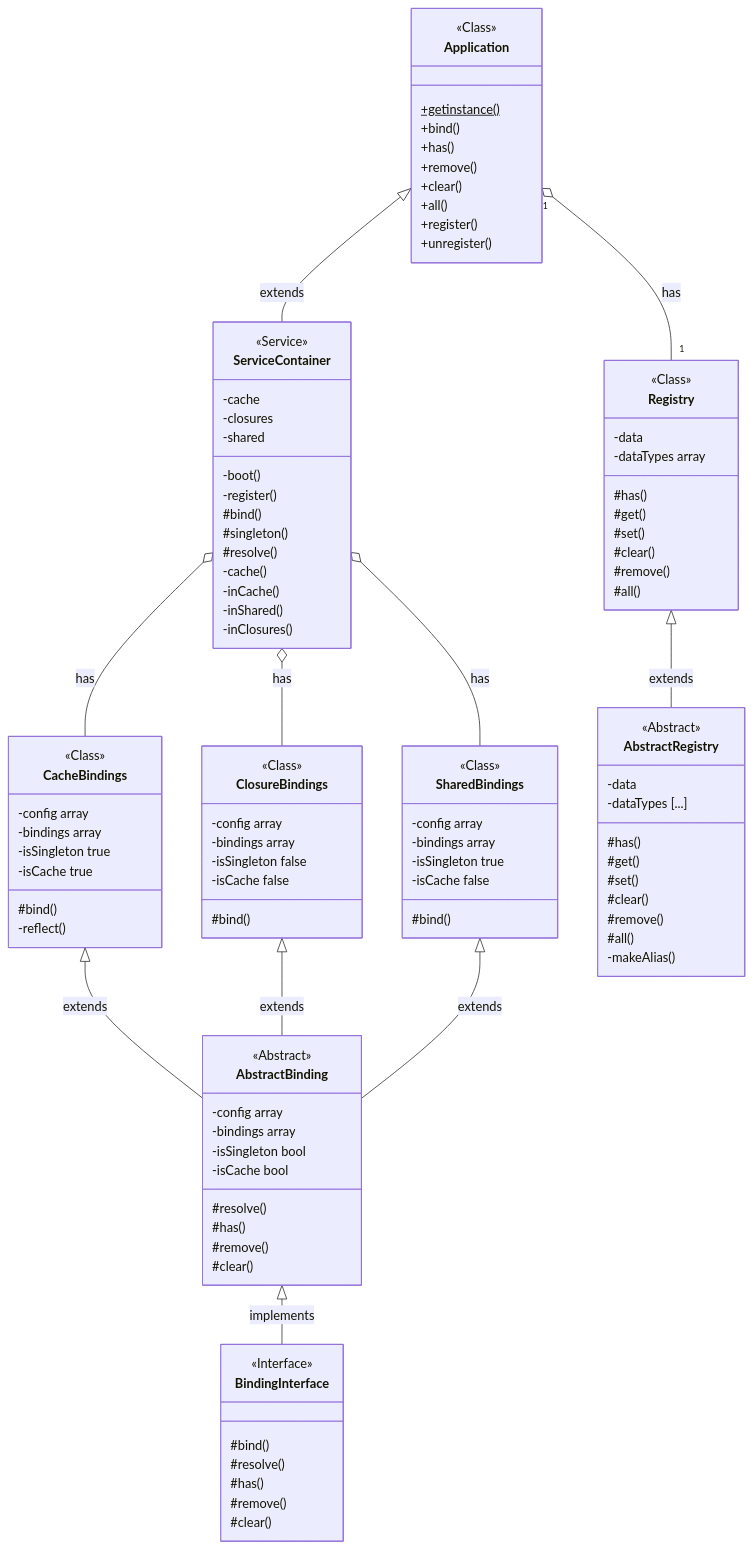
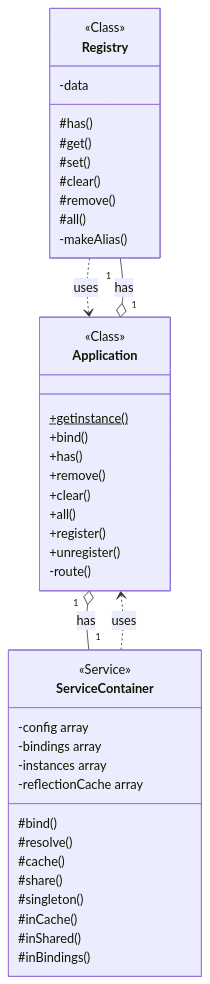
Before and after one commit to mnaatjes/sandbox-php: the third of 5 diagrams in docs/features/feature-application.md, drawn with Mermaid. The commit also changed other lines of this file, not shown here.

Commit message:
application boot mapped

````diff
--- a/docs/features/feature-application.md
+++ b/docs/features/feature-application.md
@@ -322,87 +322,9 @@
 classDiagram
   direction TD
 
-  class BindingInterface {
-    <<Interface>>
-    #bind()
-    #resolve()
-    #has()
-    #remove()
-    #clear()
-  }
-
-  class AbstractBinding {
-    <<Abstract>>
-    -config array
-    -bindings array
-    -isSingleton bool
-    -isCache bool
-    #resolve()
-    #has()
-    #remove()
-    #clear()
-  }
-
-  class CacheBindings {
-    <<Class>>
-    -config array
-    -bindings array
-    -isSingleton true
-    -isCache true
-    #bind()
-    -reflect()
-  }
-
-  class ClosureBindings {
-    <<Class>>
-    -config array
-    -bindings array
-    -isSingleton false
-    -isCache false
-    #bind()
-  }
-
-  class SharedBindings {
-    <<Class>>
-    -config array
-    -bindings array
-    -isSingleton true
-    -isCache false
-    #bind()
-  }
-
-  class ServiceContainer {
-    <<Service>>
-    -cache
-    -closures
-    -shared
-    -boot()
-    -register()
-    #bind()
-    #singleton()
-    #resolve()
-    -cache()
-    -inCache()
-    -inShared()
-    -inClosures()
-  }
-
   class Registry {
     <<Class>>
     -data
-    -dataTypes array
-    #has()
-    #get()
-    #set()
-    #clear()
-    #remove()
-    #all()
-  }
-
-  class AbstractRegistry {
-    <<Abstract>>
-    -data
-    -dataTypes [...]
     #has()
     #get()
     #set()
@@ -410,6 +332,22 @@
     #remove()
     #all()
     -makeAlias()
+  }
+
+  class ServiceContainer {
+    <<Service>>
+    -config array
+    -bindings array
+    -instances array
+    -reflectionCache array
+    #bind()
+    #resolve()
+    #cache()
+    #share()
+    #singleton()
+    #inCache()
+    #inShared()
+    #inBindings()
   }
 
   class Application {
@@ -422,29 +360,19 @@
     +all()
     +register()
     +unregister()
+    -route()
   }
 
-  %% Abstract IMPLEMENTS Interface
-  AbstractBinding <|-- BindingInterface: implements
-
-  %% Concrete Container EXTENDS AbstractContainer
-  CacheBindings <|-- AbstractBinding: extends
-  ClosureBindings <|-- AbstractBinding: extends
-  SharedBindings <|-- AbstractBinding: extends
-
-  %% Container Manager CONTAINS Containers
-  ServiceContainer o-- CacheBindings: has
-  ServiceContainer o-- ClosureBindings: has
-  ServiceContainer o-- SharedBindings: has
-
   %% Application Extends ServiceContainer
-  Application <|-- ServiceContainer: extends
+  %%Application <|-- ServiceContainer: extends
 
   %% Application Has Registry
   Application "1"o--"1" Registry: has
+  Application "1"o--"1" ServiceContainer: has
 
-  %% Registry Extends AbstractRegistry
-  Registry <|-- AbstractRegistry: extends
+  %% Registry Depends on Application Instance
+  Registry ..> Application: uses
+  ServiceContainer ..> Application: uses
 
 
 ```
````
